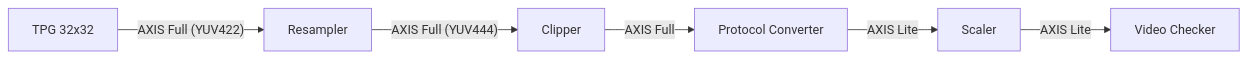
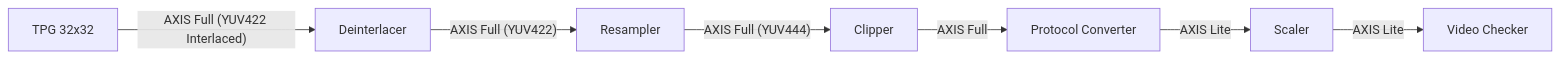
Before and after one commit to 10xEngineersTech/altera_video_pipeline: the diagram in README.md, drawn with Mermaid. The commit also changed other lines of this file, not shown here.

````diff
--- a/README.md
+++ b/README.md
@@ -30,8 +30,9 @@
 ```mermaid
 graph LR
-    A[TPG 32x32] -- "AXIS Full (YUV422)" --> R[Resampler]
+    A[TPG 32x32] -- "AXIS Full (YUV422 Interlaced)" --> DIL[Deinterlacer]
+    DIL -- "AXIS Full (YUV422)" --> R[Resampler]
     R -- "AXIS Full (YUV444)" --> B[Clipper]
     B -- "AXIS Full" --> C[Protocol Converter]
     C -- "AXIS Lite" --> D[Scaler]
     D -- "AXIS Lite" --> E[Video Checker]
 ```
````
